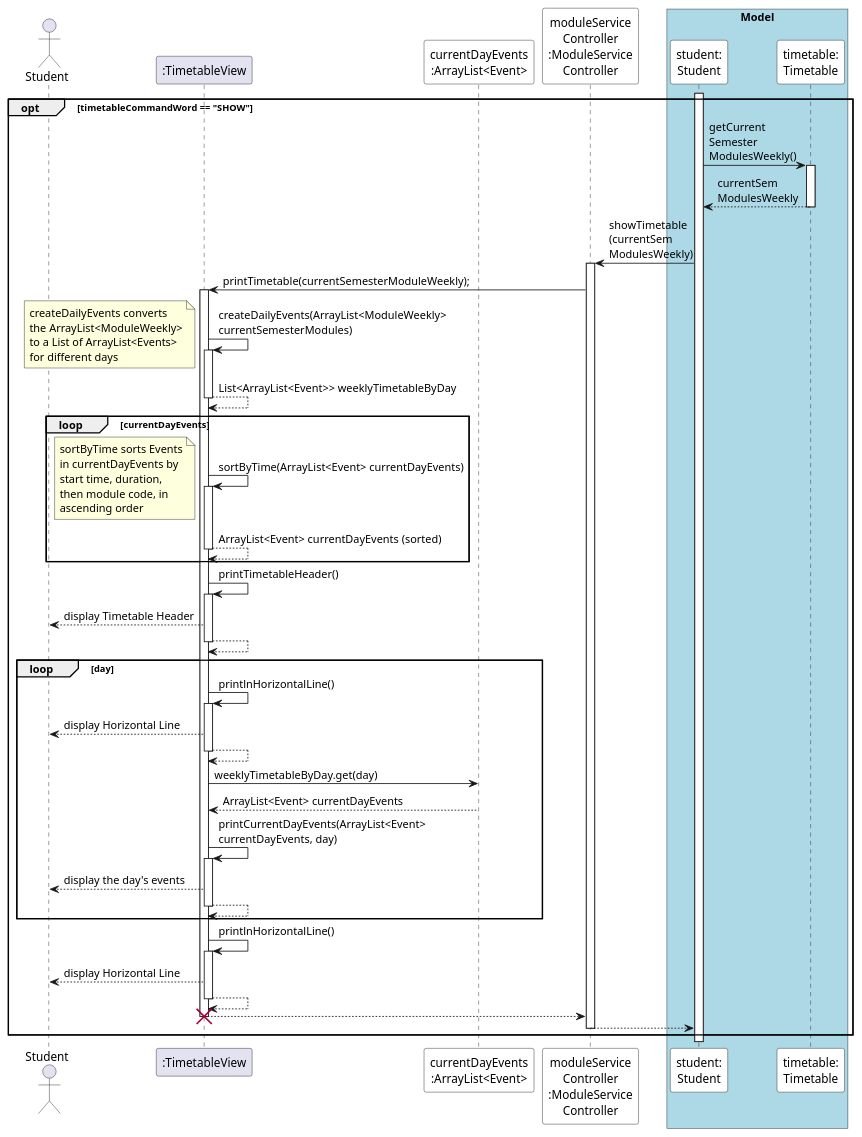
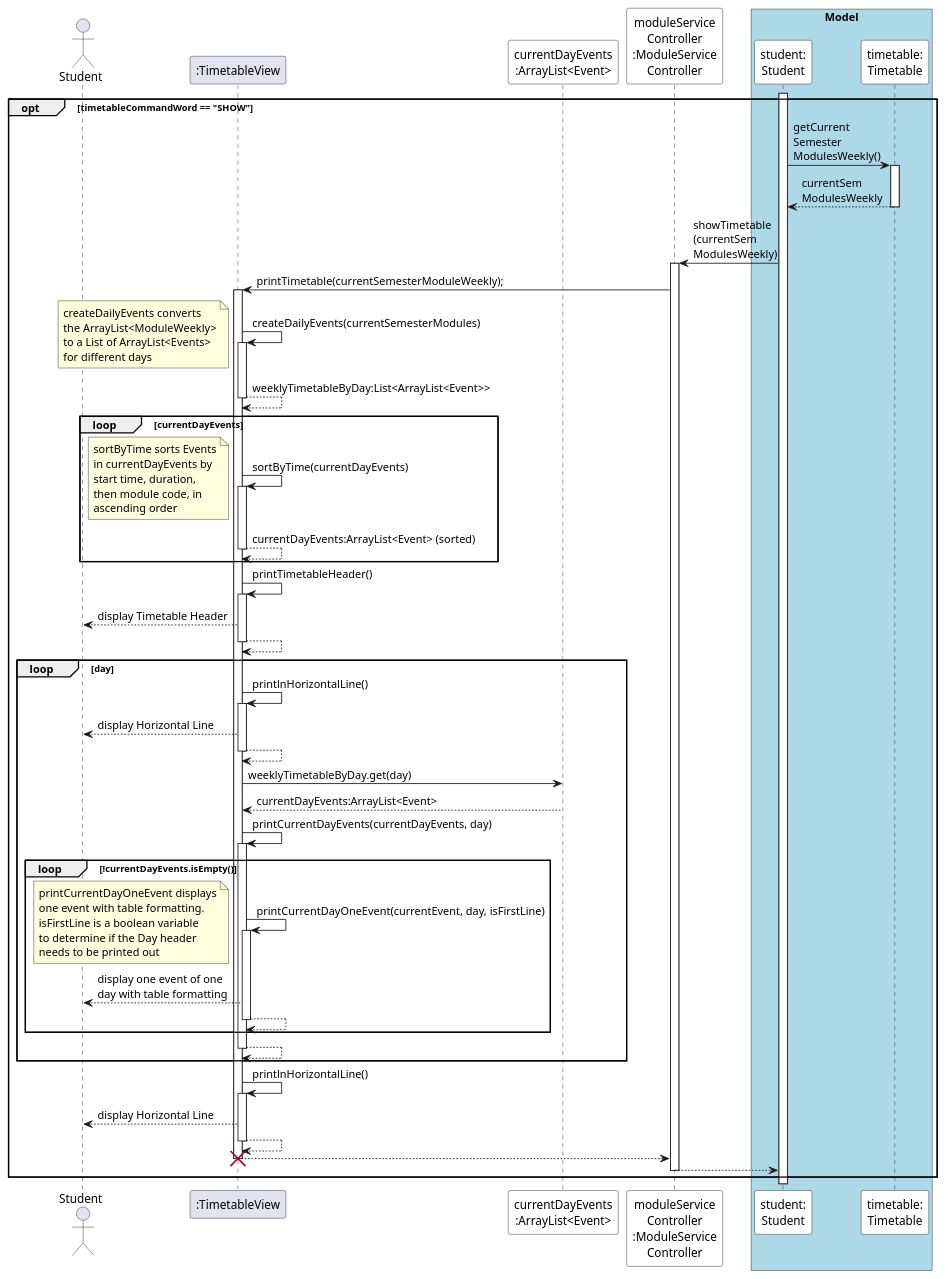
Before and after one commit to ryanlohyr/NUSDegs: the diagram in docs/diagrams/PrintTimetable.puml, drawn with PlantUML. The commit also changed 7 other files, not shown here.

```diff
--- a/docs/diagrams/PrintTimetable.puml
+++ b/docs/diagrams/PrintTimetable.puml
@@ -1,102 +1,115 @@
 @startuml
 'https://plantuml.com/sequence-diagram
 
 'autonumber
 'autoactivate on
 
 
 actor Student
 
 participant ":TimetableView" as TV
 
 participant "currentDayEvents\n:ArrayList<Event>" as CDE #white
 
 participant "moduleService\nController\n:ModuleService\nController" as MSC #white
 
 box "Model" #LightBlue
 participant "student:\nStudent" as S #white
 participant "timetable:\nTimetable" as T #white
 end box
 
 activate S
 
 opt timetableCommandWord == "SHOW"
     'timetable.getCurrentSemesterModulesWeekly()
     S -> T: getCurrent\nSemester\nModulesWeekly()
     activate T
     T --> S: currentSem\nModulesWeekly
     deactivate T
 
     S -> MSC: showTimetable\n(currentSem\nModulesWeekly)
     activate MSC
 
 
     MSC -> TV: printTimetable(currentSemesterModuleWeekly);
     activate TV
 
     'createDailyEvents(currentSemesterModules)
-    TV -> TV: createDailyEvents(ArrayList<ModuleWeekly> \ncurrentSemesterModules)
+    TV -> TV: createDailyEvents(currentSemesterModules)
     activate TV
     note left
     createDailyEvents converts
     the ArrayList<ModuleWeekly>
     to a List of ArrayList<Events>
     for different days
     end note
-    TV --> TV: List<ArrayList<Event>> weeklyTimetableByDay
+    TV --> TV: weeklyTimetableByDay:List<ArrayList<Event>>
     deactivate TV
 
 
     loop currentDayEvents
-        TV -> TV: sortByTime(ArrayList<Event> currentDayEvents)
+        TV -> TV: sortByTime(currentDayEvents)
         activate TV
         note left
         sortByTime sorts Events
         in currentDayEvents by
         start time, duration,
         then module code, in
         ascending order
         end note
-        TV --> TV: ArrayList<Event> currentDayEvents (sorted)
+        TV --> TV: currentDayEvents:ArrayList<Event> (sorted)
         deactivate TV
     end
 
     TV -> TV: printTimetableHeader()
     activate TV
     TV --> Student: display Timetable Header
     TV --> TV
     deactivate TV
 
     loop day
     TV -> TV: printlnHorizontalLine()
     activate TV
     TV --> Student: display Horizontal Line
     TV --> TV
     deactivate TV
 
     TV -> CDE: weeklyTimetableByDay.get(day)
-    CDE --> TV: ArrayList<Event> currentDayEvents
+    CDE --> TV: currentDayEvents:ArrayList<Event>
 
-    TV -> TV: printCurrentDayEvents(ArrayList<Event> \ncurrentDayEvents, day)
+    TV -> TV: printCurrentDayEvents(currentDayEvents, day)
     activate TV
-    TV --> Student: display the day's events
+    loop !currentDayEvents.isEmpty()
+    TV -> TV: printCurrentDayOneEvent(currentEvent, day, isFirstLine)
+    activate TV
+    note left
+        printCurrentDayOneEvent displays
+        one event with table formatting.
+        isFirstLine is a boolean variable
+        to determine if the Day header
+        needs to be printed out
+    end note
+    TV --> Student: display one event of one \nday with table formatting
+    TV --> TV:
+    deactivate TV
+    end
     TV --> TV:
     deactivate TV
     end
 
     TV -> TV: printlnHorizontalLine()
     activate TV
     TV --> Student: display Horizontal Line
     TV --> TV
     deactivate TV
 
 
     TV --> MSC
     destroy TV
     MSC --> S
     deactivate MSC
 end
 
 
 
 @enduml
```
